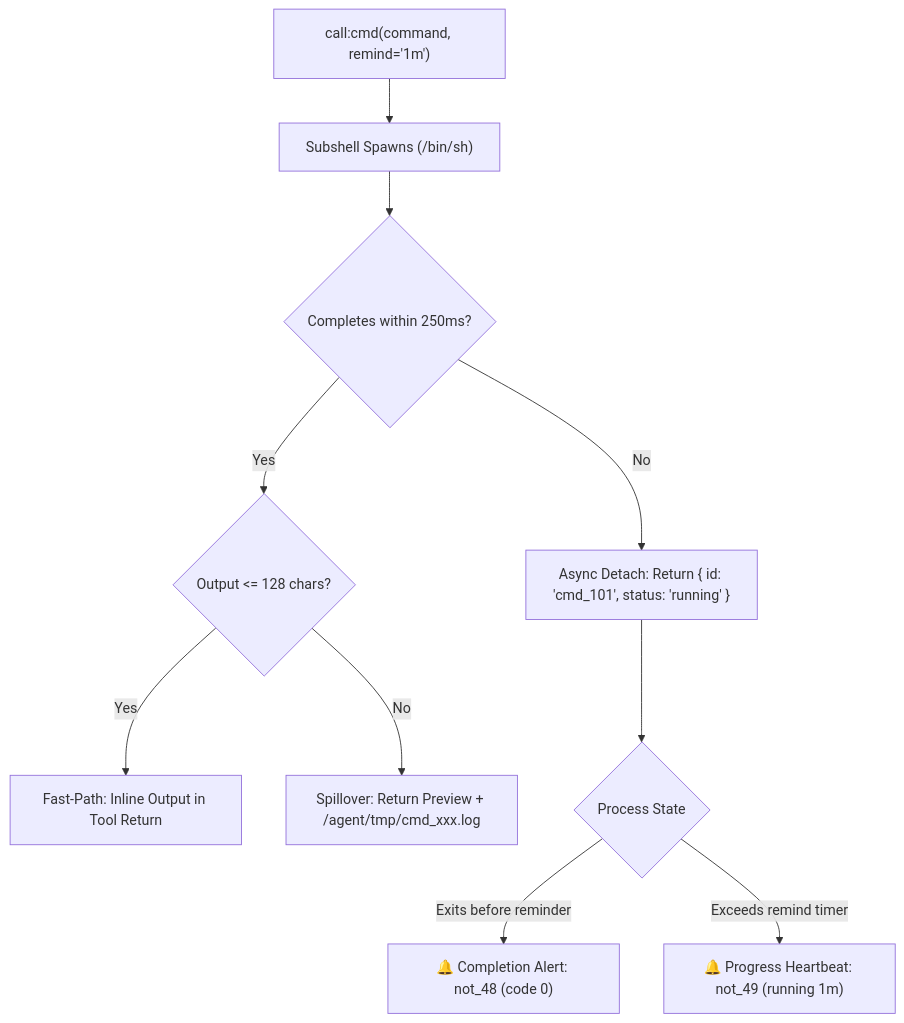
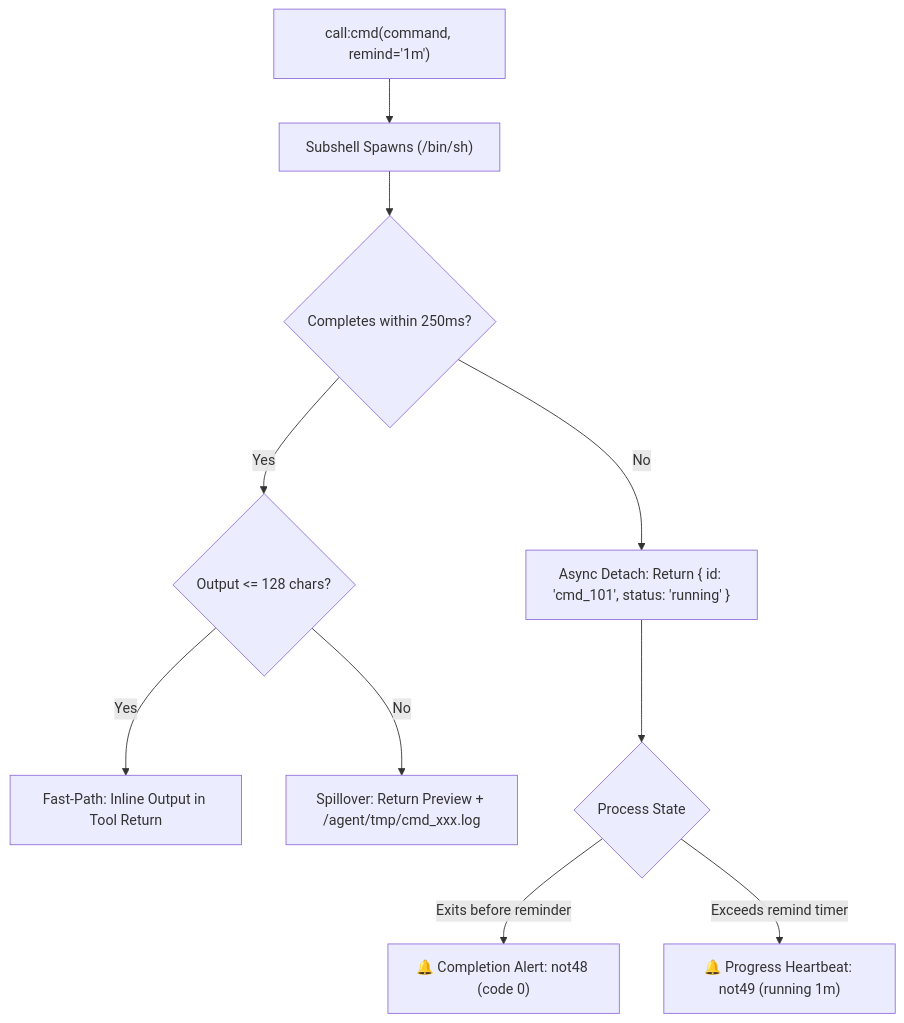
Before and after one commit to Sullux/ai-research: the third of 4 diagrams in TOOLS.md, drawn with Mermaid. The commit also changed other lines of this file and 7 other files, not shown here.

````diff
--- a/TOOLS.md
+++ b/TOOLS.md
@@ -155,15 +155,15 @@
 ```mermaid
 flowchart TD
     Call["call:cmd(command, remind='1m')"] --> Exec["Subshell Spawns (/bin/sh)"]
     Exec --> Timer{"Completes within 250ms?"}
 
     Timer -- Yes --> SizeCheck{"Output <= 128 chars?"}
     SizeCheck -- Yes --> InlineReturn["Fast-Path: Inline Output in Tool Return"]
     SizeCheck -- No --> Spillover["Spillover: Return Preview + /agent/tmp/cmd_xxx.log"]
 
     Timer -- No --> Detach["Async Detach: Return { id: 'cmd_101', status: 'running' }"]
     Detach --> Running{"Process State"}
     
-    Running -- Exits before reminder --> CompleteAlert["🔔 Completion Alert: not_48 (code 0)"]
-    Running -- Exceeds remind timer --> ProgressAlert["🔔 Progress Heartbeat: not_49 (running 1m)"]
+    Running -- Exits before reminder --> CompleteAlert["🔔 Completion Alert: not48 (code 0)"]
+    Running -- Exceeds remind timer --> ProgressAlert["🔔 Progress Heartbeat: not49 (running 1m)"]
 ```
````
